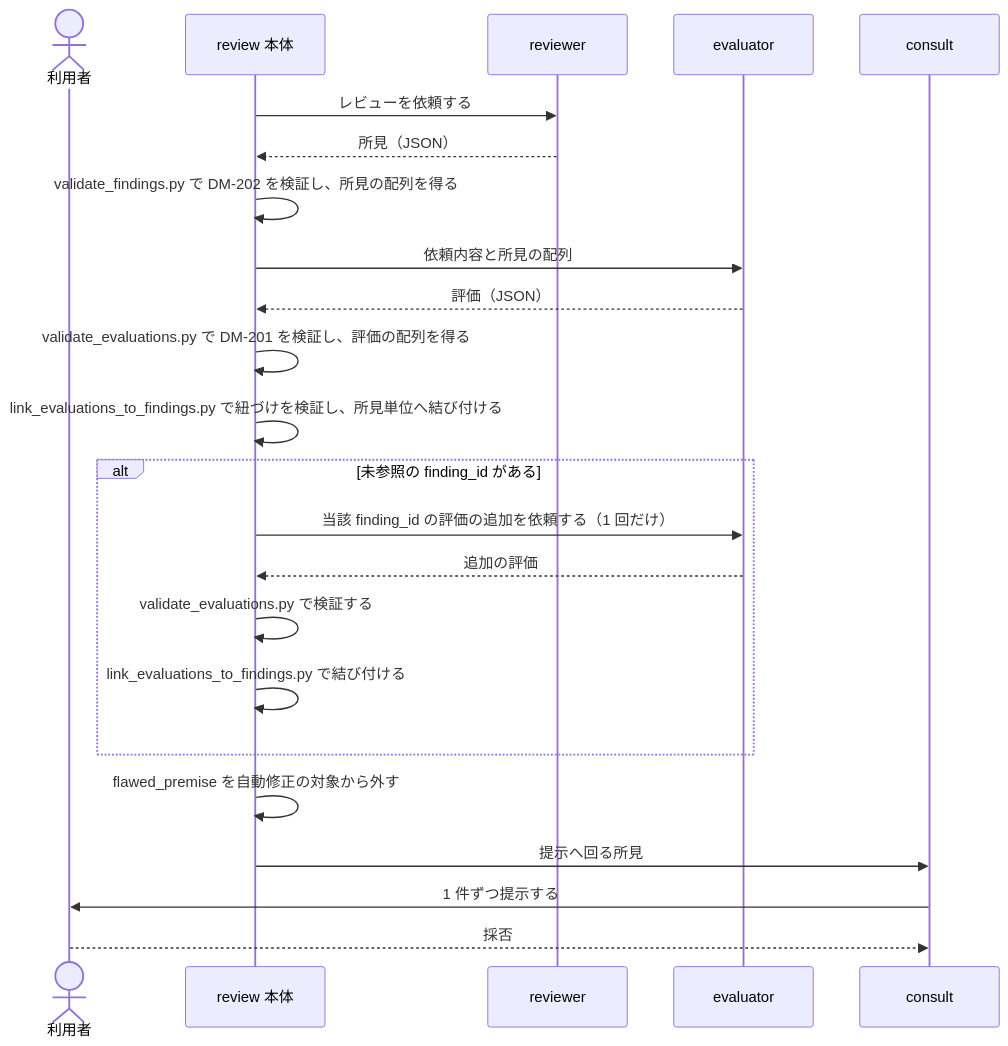
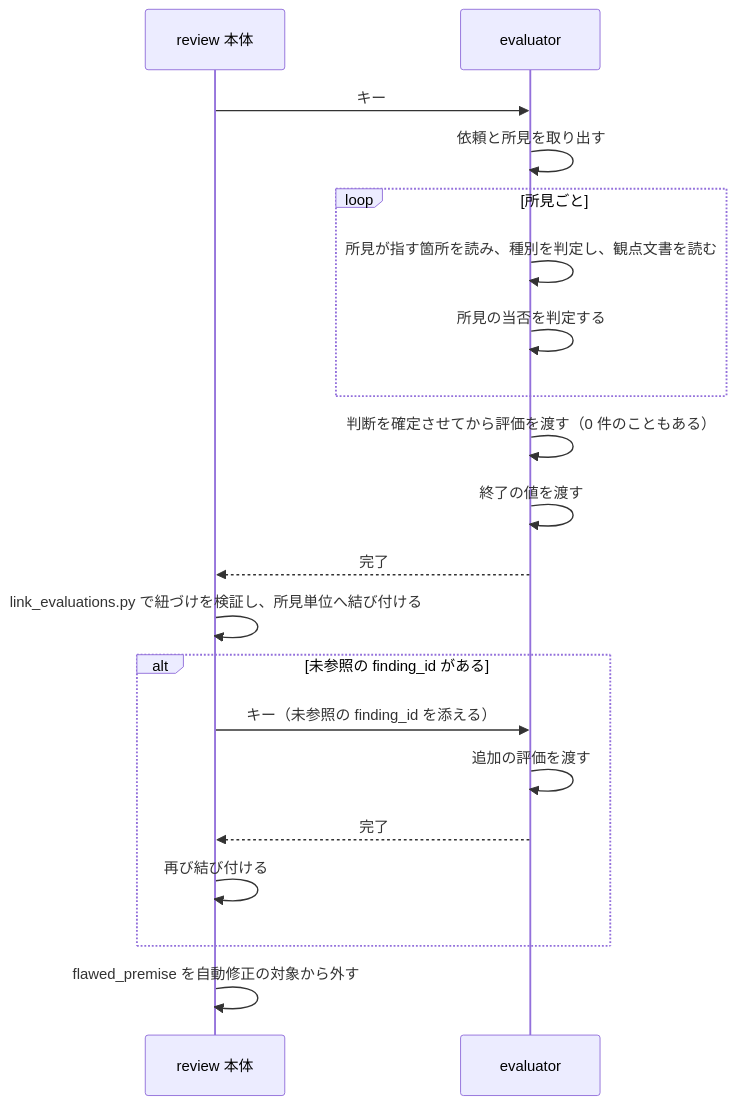
Before and after one commit to BlueEventHorizon/bw-cc-plugins: the diagram in docs/specs/evaluator-perspective/design/DES-083_evaluator_perspective_design.md, drawn with Mermaid. The commit also changed other lines of this file and 3 other files, not shown here.

````diff
--- a/docs/specs/evaluator-perspective/design/DES-083_evaluator_perspective_design.md
+++ b/docs/specs/evaluator-perspective/design/DES-083_evaluator_perspective_design.md
@@ -22,26 +30,23 @@
 ```mermaid
 sequenceDiagram
-    actor Human as 利用者
     participant Body as review 本体
-    participant R as reviewer
     participant E as evaluator
-    participant C as consult
 
-    Body->>R: レビューを依頼する
-    R-->>Body: 所見（JSON）
-    Body->>Body: validate_findings.py で DM-202 を検証し、所見の配列を得る
-    Body->>E: 依頼内容と所見の配列
-    E-->>Body: 評価（JSON）
-    Body->>Body: validate_evaluations.py で DM-201 を検証し、評価の配列を得る
-    Body->>Body: link_evaluations_to_findings.py で紐づけを検証し、所見単位へ結び付ける
+    Body->>E: キー
+    E->>E: 依頼と所見を取り出す
+    loop 所見ごと
+        E->>E: 所見が指す箇所を読み、種別を判定し、観点文書を読む
+        E->>E: 所見の当否を判定する
+    end
+    E->>E: 判断を確定させてから評価を渡す（0 件のこともある）
+    E->>E: 終了の値を渡す
+    E-->>Body: 完了
+    Body->>Body: link_evaluations.py で紐づけを検証し、所見単位へ結び付ける
     alt 未参照の finding_id がある
-        Body->>E: 当該 finding_id の評価の追加を依頼する（1 回だけ）
-        E-->>Body: 追加の評価
-        Body->>Body: validate_evaluations.py で検証する
-        Body->>Body: link_evaluations_to_findings.py で結び付ける
+        Body->>E: キー（未参照の finding_id を添える）
+        E->>E: 追加の評価を渡す
+        E-->>Body: 完了
+        Body->>Body: 再び結び付ける
     end
     Body->>Body: flawed_premise を自動修正の対象から外す
-    Body->>C: 提示へ回る所見
-    C->>Human: 1 件ずつ提示する
-    Human-->>C: 採否
 ```
````
